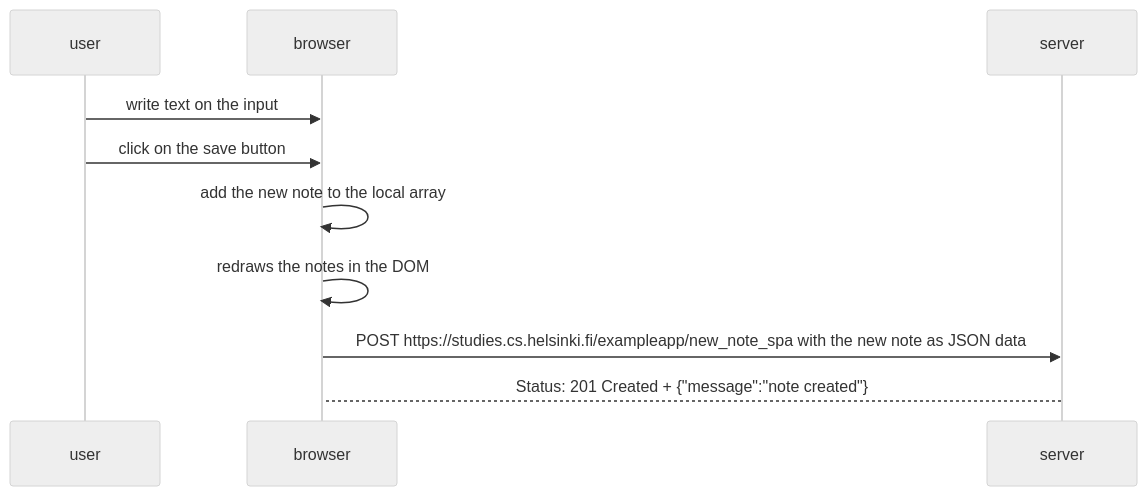
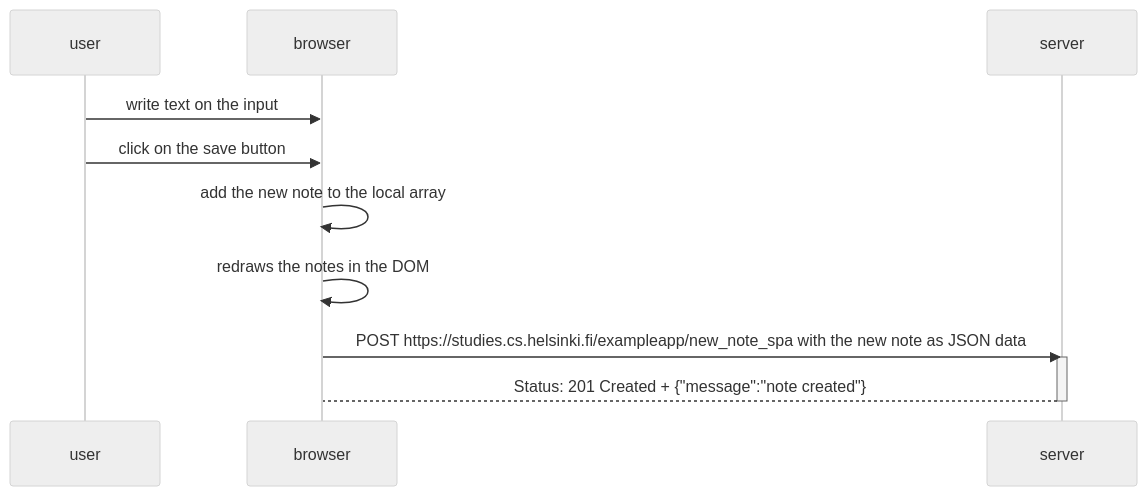
Before and after one commit to AshiRu-axl/FSO-exercises: the diagram in part0/06-newNoteSinglePageAppDiagram.md, drawn with Mermaid (neutral theme).

Commit message:
Added exercises 05 and 06

````diff
--- a/part0/06-newNoteSinglePageAppDiagram.md
+++ b/part0/06-newNoteSinglePageAppDiagram.md
@@ -1,18 +1,18 @@
 ```mermaid
 
 sequenceDiagram
-
-    
     participant user
     participant browser
     participant server 
     
     user->>browser: write text on the input
     user->>browser: click on the save button
     browser->>browser: add the new note to the local array
     browser->>browser: redraws the notes in the DOM
     browser->>server: POST https://studies.cs.helsinki.fi/exampleapp/new_note_spa with the new note as JSON data
+    activate server
     server --> browser: Status: 201 Created + {"message":"note created"}
+    deactivate server
 
 
 ```
````
